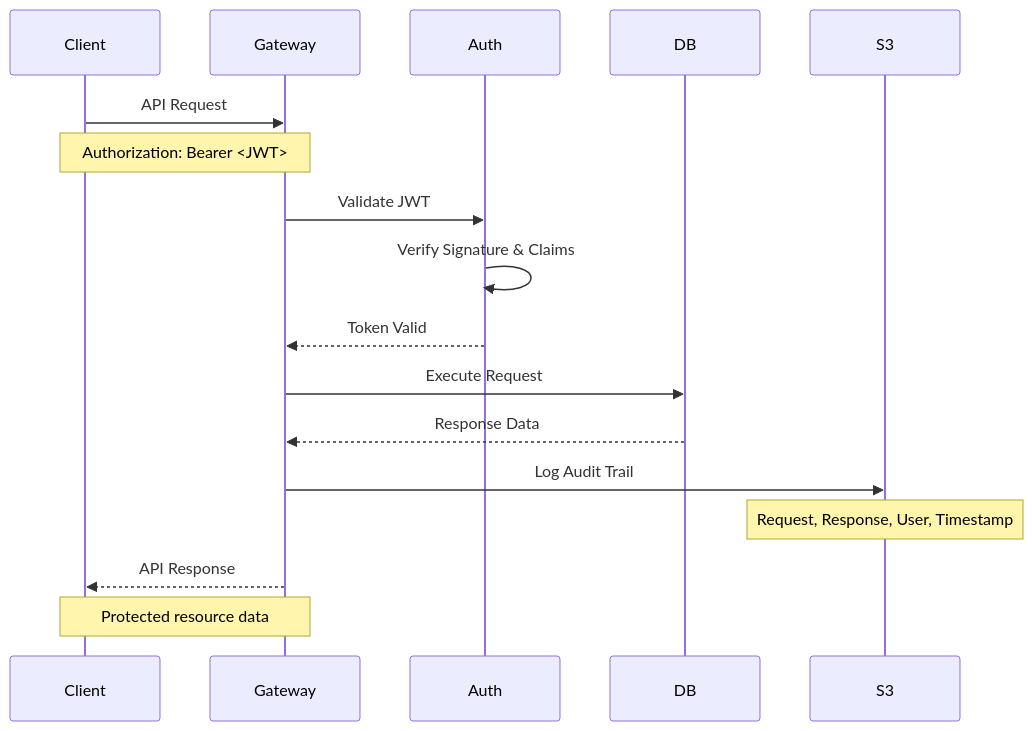
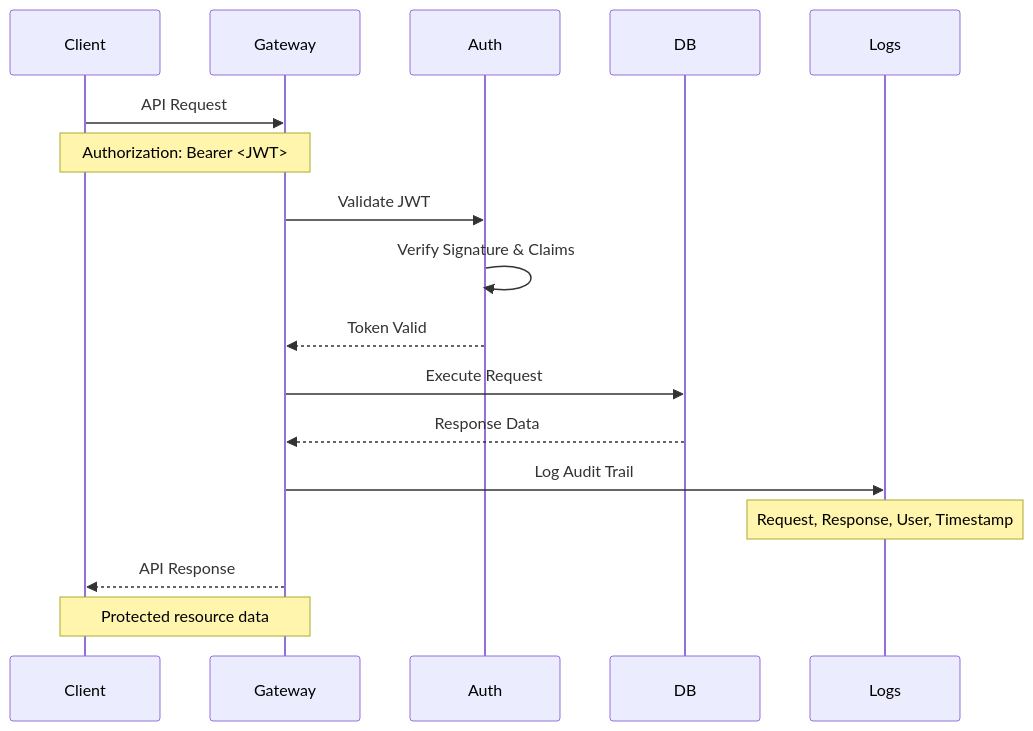
The second of 3 diagrams in readme.md (saad1901/Smart-Resource-Access-Gateway), drawn with Mermaid before and after one commit. The commit also changed other lines of this file, not shown here.

````diff
--- a/readme.md
+++ b/readme.md
@@ -61,24 +59,24 @@
 ```mermaid
 sequenceDiagram
     participant Client
     participant Gateway
     participant Auth
     participant DB
-    participant S3
+    participant Logs
     
     Client->>Gateway: API Request
     Note over Client,Gateway: Authorization: Bearer <JWT>
     
     Gateway->>Auth: Validate JWT
     Auth->>Auth: Verify Signature & Claims
     Auth-->>Gateway: Token Valid
     
     Gateway->>DB: Execute Request
     DB-->>Gateway: Response Data
     
-    Gateway->>S3: Log Audit Trail
-    Note over S3: Request, Response, User, Timestamp
+    Gateway->>Logs: Log Audit Trail
+    Note over Logs: Request, Response, User, Timestamp
     
     Gateway-->>Client: API Response
     Note over Gateway,Client: Protected resource data
 ```
````
